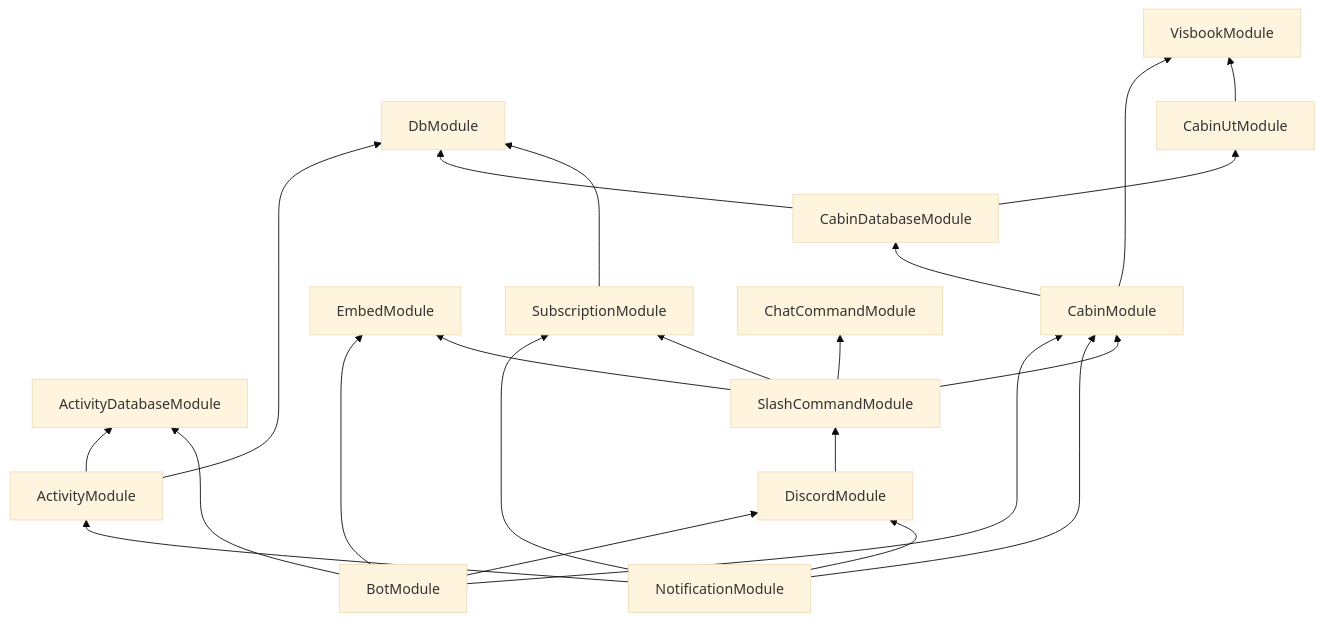
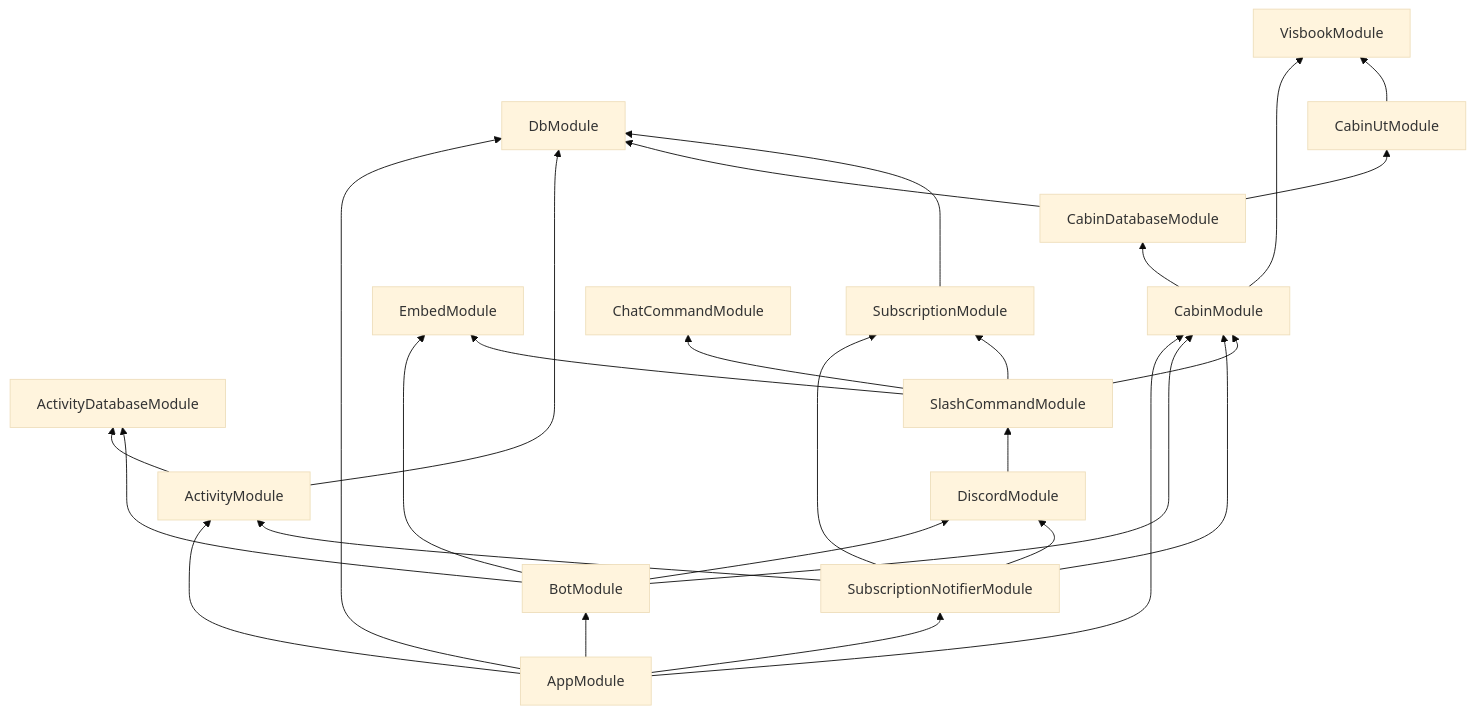
The diagram in docs/dev-guide/modules.md (gingermusketeer/dnt-discord-bot), drawn with Mermaid (base theme) before and after one commit. The commit also changed 3 other files, not shown here.

````diff
--- a/docs/dev-guide/modules.md
+++ b/docs/dev-guide/modules.md
@@ -5,25 +5,30 @@
 ```mermaid
 flowchart BT
 
+AppModule --> BotModule
+AppModule --> ActivityModule
+AppModule --> CabinModule
+AppModule --> DbModule
+AppModule --> SubscriptionNotifierModule
 ActivityModule --> ActivityDatabaseModule
 ActivityModule --> DbModule
 BotModule --> ActivityDatabaseModule
 BotModule --> DiscordModule
 BotModule --> CabinModule
 BotModule --> EmbedModule
 CabinModule --> CabinDatabaseModule
 CabinModule --> VisbookModule
 CabinDatabaseModule --> CabinUtModule
 CabinDatabaseModule --> DbModule
 CabinUtModule --> VisbookModule
 DiscordModule --> SlashCommandModule
-NotificationModule --> DiscordModule
-NotificationModule --> SubscriptionModule
-NotificationModule --> ActivityModule
-NotificationModule --> CabinModule
+SubscriptionNotifierModule --> DiscordModule
+SubscriptionNotifierModule --> SubscriptionModule
+SubscriptionNotifierModule --> ActivityModule
+SubscriptionNotifierModule --> CabinModule
 SlashCommandModule --> CabinModule
 SlashCommandModule --> ChatCommandModule
 SlashCommandModule --> EmbedModule
 SlashCommandModule --> SubscriptionModule
 SubscriptionModule --> DbModule
 ```
````
